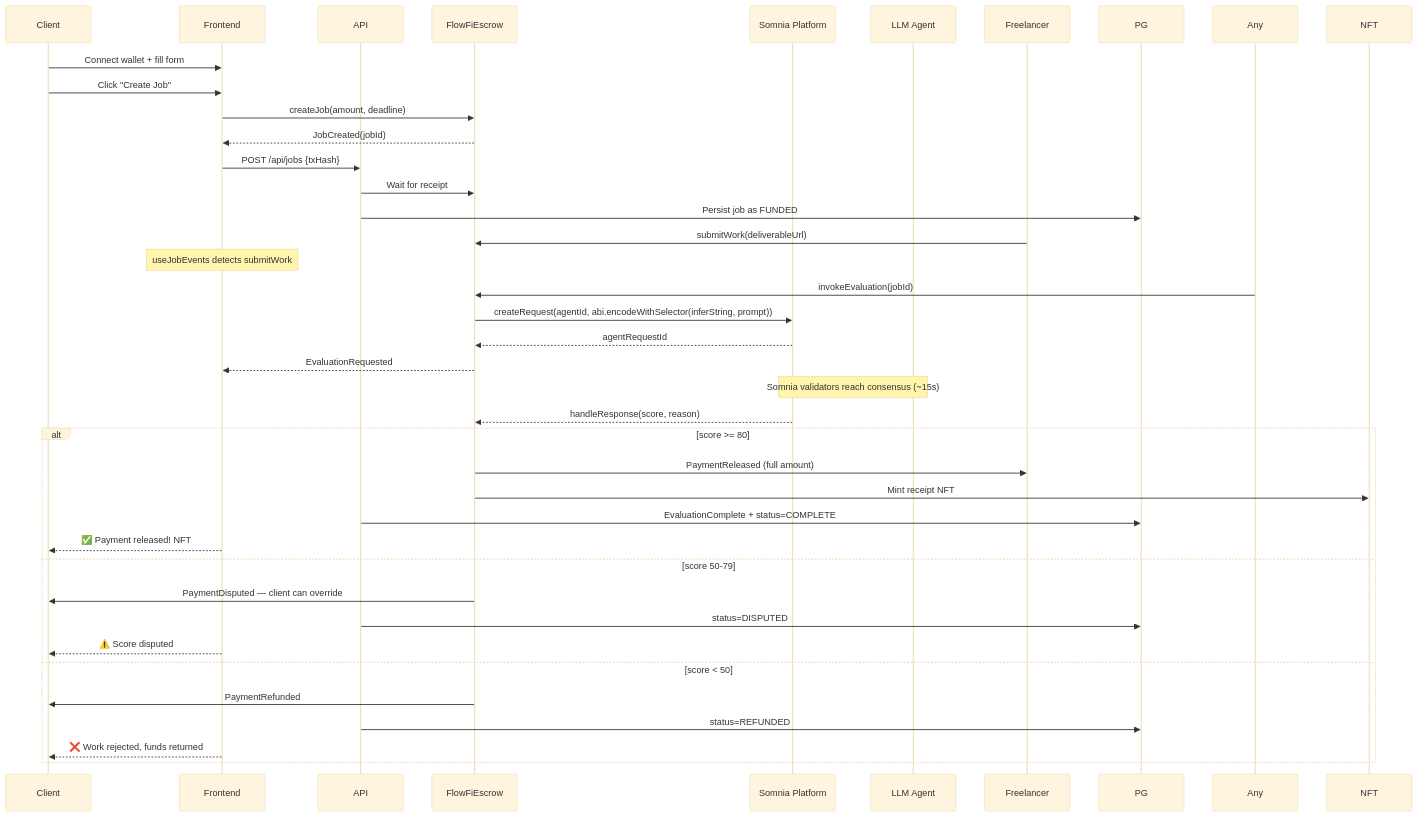
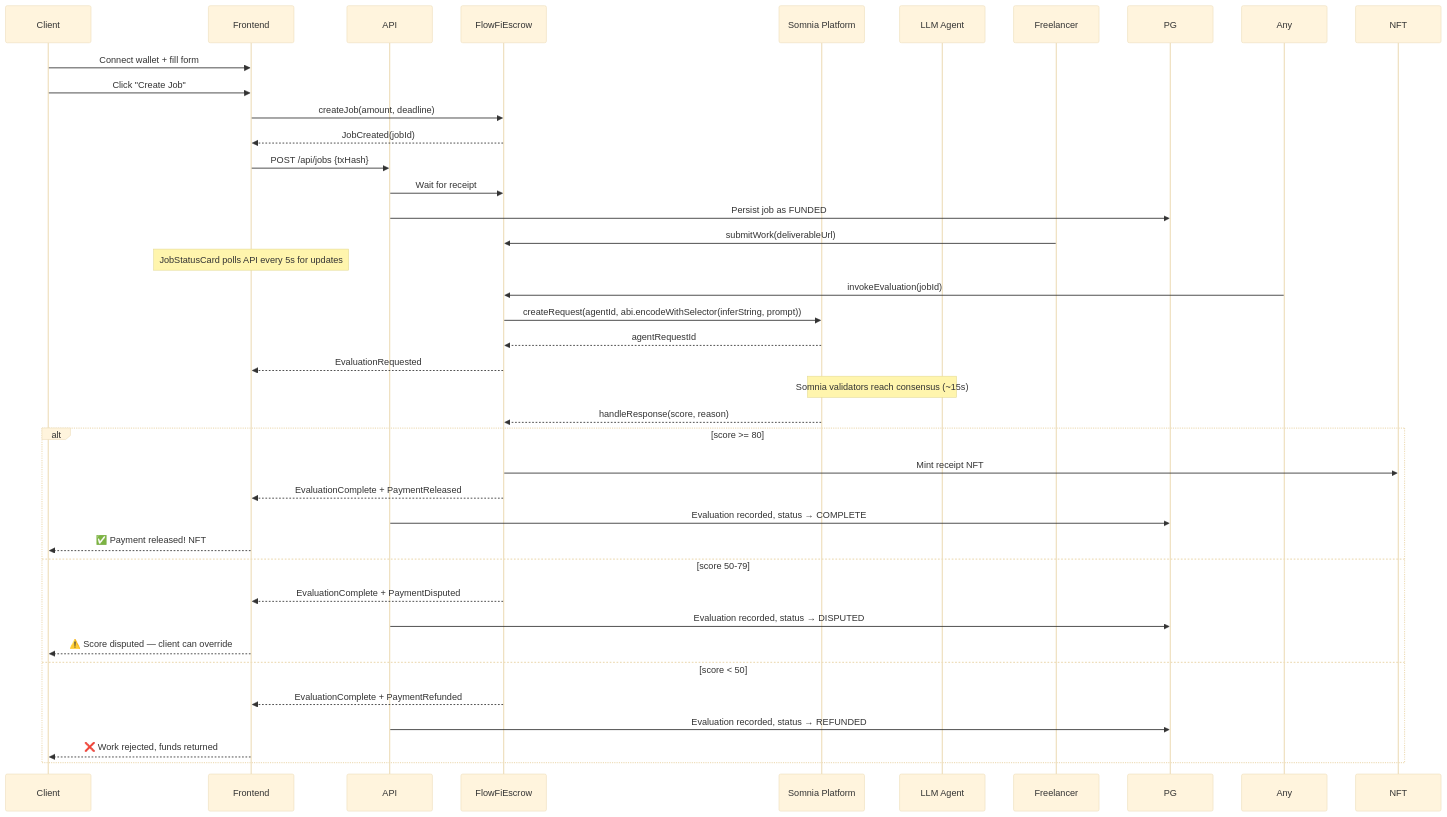
The second of 2 diagrams in README.md (kodkenyalang/payfi), drawn with Mermaid (base theme) before and after one commit. The commit also changed other lines of this file and 12 other files, not shown here.

````diff
--- a/README.md
+++ b/README.md
@@ -83,46 +85,46 @@
 ```mermaid
 sequenceDiagram
     participant C as Client
     participant FE as Frontend
     participant API as API
     participant SC as FlowFiEscrow
     participant PL as Somnia Platform
     participant AG as LLM Agent
     participant F as Freelancer
 
     C->>FE: Connect wallet + fill form
     C->>FE: Click "Create Job"
     FE->>SC: createJob(amount, deadline)
     SC-->>FE: JobCreated(jobId)
     FE->>API: POST /api/jobs {txHash}
     API->>SC: Wait for receipt
     API->>PG: Persist job as FUNDED
 
     F->>SC: submitWork(deliverableUrl)
 
-    Note over FE: useJobEvents detects submitWork
+    Note over FE: JobStatusCard polls API every 5s for updates
 
     Any->>SC: invokeEvaluation(jobId)
     SC->>PL: createRequest(agentId, abi.encodeWithSelector(inferString, prompt))
     PL-->>SC: agentRequestId
     SC-->>FE: EvaluationRequested
 
     Note over PL,AG: Somnia validators reach consensus (~15s)
 
     PL-->>SC: handleResponse(score, reason)
 
     alt score >= 80
-        SC->>F: PaymentReleased (full amount)
         SC->>NFT: Mint receipt NFT
-        API->>PG: EvaluationComplete + status=COMPLETE
+        SC-->>FE: EvaluationComplete + PaymentReleased
+        API->>PG: Evaluation recorded, status → COMPLETE
         FE-->>C: ✅ Payment released! NFT #1
     else score 50-79
-        SC->>C: PaymentDisputed — client can override
-        API->>PG: status=DISPUTED
-        FE-->>C: ⚠️ Score disputed
+        SC-->>FE: EvaluationComplete + PaymentDisputed
+        API->>PG: Evaluation recorded, status → DISPUTED
+        FE-->>C: ⚠️ Score disputed — client can override
     else score < 50
-        SC->>C: PaymentRefunded
-        API->>PG: status=REFUNDED
+        SC-->>FE: EvaluationComplete + PaymentRefunded
+        API->>PG: Evaluation recorded, status → REFUNDED
         FE-->>C: ❌ Work rejected, funds returned
     end
 ```
````
